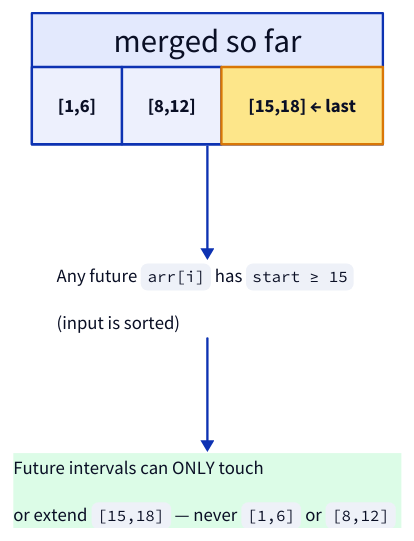
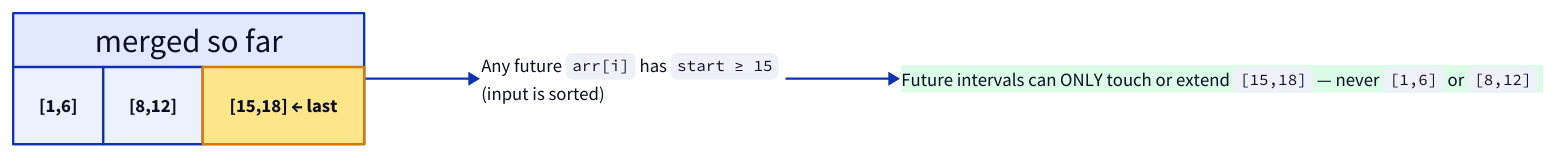
The ninth of 16 diagrams in src/computer-science/DSA/data-structures/1.arrays/09-pattern-interval-merging.md (ani2fun/note-book), drawn with D2 before and after one commit. The commit also changed 7 other files, not shown here.

First line of the commit message:
DSA arrays: add reusable array-stepper widget; fix Mermaid \n labels

````diff
--- a/src/computer-science/DSA/data-structures/1.arrays/09-pattern-interval-merging.md
+++ b/src/computer-science/DSA/data-structures/1.arrays/09-pattern-interval-merging.md
@@ -330,24 +330,22 @@
 ```d2
+direction: right
+
 m: "merged so far" {
   grid-columns: 3
   grid-gap: 0
   m1: "[1,6]"
   m2: "[8,12]"
   m3: "[15,18] ← last" {style.fill: "#fde68a"; style.stroke: "#d97706"}
 }
 
 future: |md
-  Any future `arr[i]` has `start ≥ 15`
-
-  (input is sorted)
+  Any future `arr[i]` has `start ≥ 15`<br/>(input is sorted)
 |
 
 conc: |md
-  Future intervals can ONLY touch
-
-  or extend `[15,18]` — never `[1,6]` or `[8,12]`
+  Future intervals can ONLY touch or extend `[15,18]` — never `[1,6]` or `[8,12]`
 | {style.fill: "#dcfce7"; style.stroke: "#16a34a"}
 
 m -> future
 future -> conc
 ```
````
